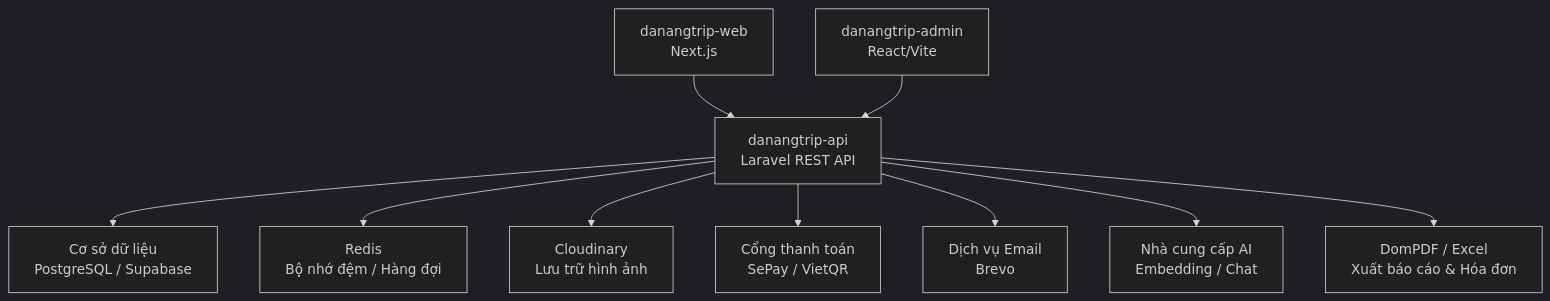
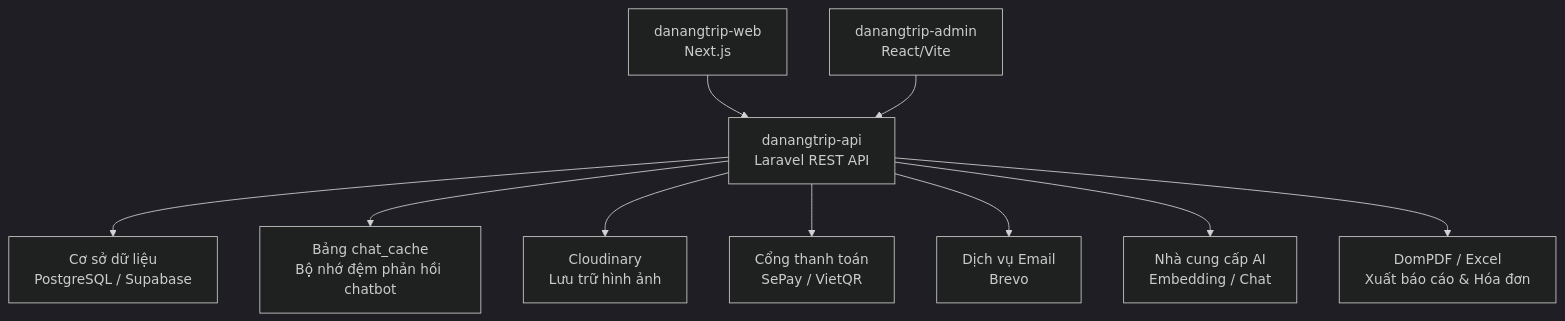
Before and after one commit to TayDuyNguyen/DATN_Document: the ninth of 9 diagrams in bao-cao-do-an-danangtrip-md/03_chuong_2_phan_tich_thiet_ke_he_thong.md, drawn with Mermaid (dark theme). The commit also changed other lines of this file and 11 other files, not shown here.

````diff
--- a/bao-cao-do-an-danangtrip-md/03_chuong_2_phan_tich_thiet_ke_he_thong.md
+++ b/bao-cao-do-an-danangtrip-md/03_chuong_2_phan_tich_thiet_ke_he_thong.md
@@ -526,12 +568,12 @@
 ```mermaid
 flowchart TB
     UserWeb["danangtrip-web\nNext.js"] --> API["danangtrip-api\nLaravel REST API"]
     AdminWeb["danangtrip-admin\nReact/Vite"] --> API
     API --> DB["Cơ sở dữ liệu\nPostgreSQL / Supabase"]
-    API --> Redis["Redis\nBộ nhớ đệm / Hàng đợi"]
+    API --> ChatCache["Bảng chat_cache\nBộ nhớ đệm phản hồi chatbot"]
     API --> Cloudinary["Cloudinary\nLưu trữ hình ảnh"]
     API --> Sepay["Cổng thanh toán\nSePay / VietQR"]
     API --> Mail["Dịch vụ Email\nBrevo"]
     API --> AI["Nhà cung cấp AI\nEmbedding / Chat"]
     API --> PDF["DomPDF / Excel\nXuất báo cáo & Hóa đơn"]
 ```
````
